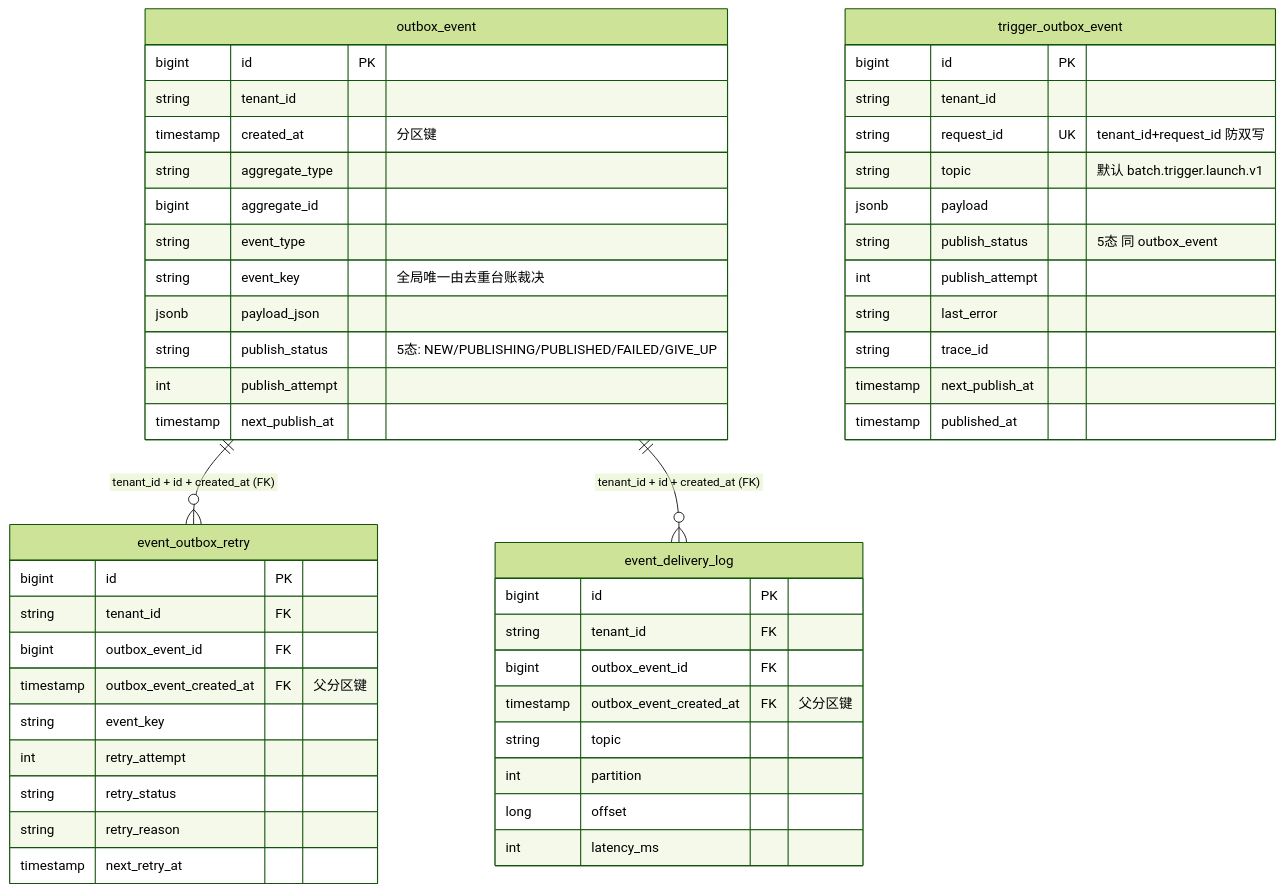
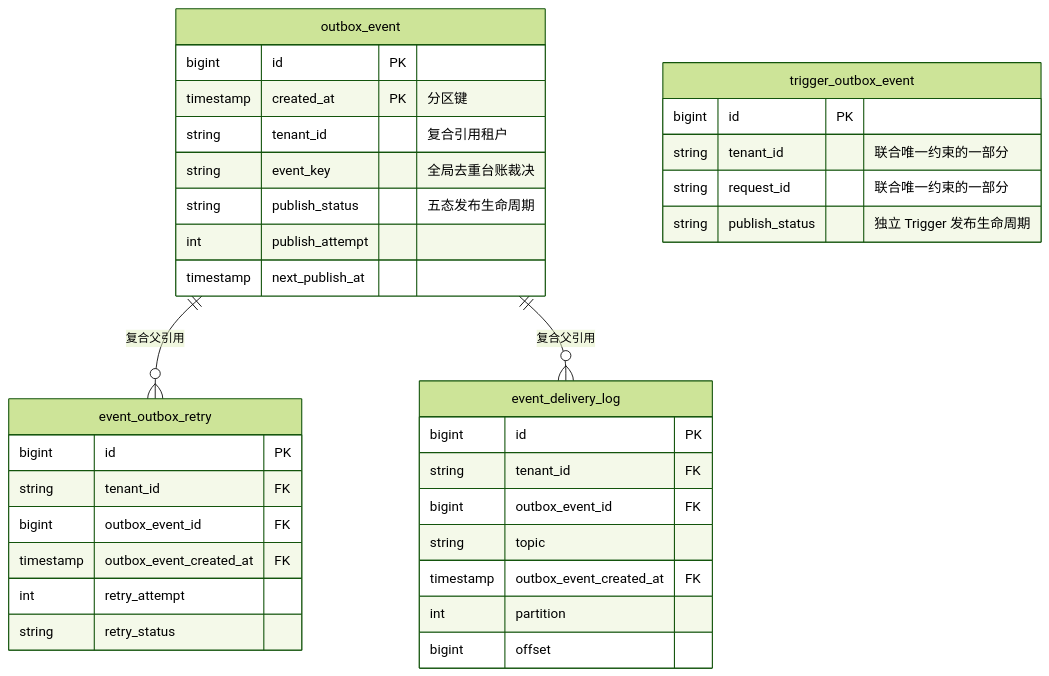
Before and after one commit to pinpols/file-batch-system: the diagram in docs/architecture/outbox-architecture.md, drawn with Mermaid (forest theme). The commit also changed 2792 other files, not shown here.

````diff
--- a/docs/architecture/outbox-architecture.md
+++ b/docs/architecture/outbox-architecture.md
@@ -13,56 +13,38 @@
 ```mermaid
+%%{init: {"flowchart":{"curve":"linear","nodeSpacing":32,"rankSpacing":48},"sequence":{"mirrorActors":false}}}%%
 erDiagram
-  outbox_event ||--o{ event_outbox_retry : "tenant_id + id + created_at (FK)"
-  outbox_event ||--o{ event_delivery_log : "tenant_id + id + created_at (FK)"
-
+  outbox_event ||--o{ event_outbox_retry : "复合父引用"
+  outbox_event ||--o{ event_delivery_log : "复合父引用"
   outbox_event {
     bigint id PK
-    string tenant_id
-    timestamp created_at "分区键"
-    string aggregate_type
-    bigint aggregate_id
-    string event_type
-    string event_key "全局唯一由去重台账裁决"
-    jsonb payload_json
-    string publish_status "5态: NEW/PUBLISHING/PUBLISHED/FAILED/GIVE_UP"
+    timestamp created_at PK "分区键"
+    string tenant_id "复合引用租户"
+    string event_key "全局去重台账裁决"
+    string publish_status "五态发布生命周期"
     int publish_attempt
     timestamp next_publish_at
   }
-
   event_outbox_retry {
     bigint id PK
     string tenant_id FK
     bigint outbox_event_id FK
-    timestamp outbox_event_created_at FK "父分区键"
-    string event_key
+    timestamp outbox_event_created_at FK
     int retry_attempt
     string retry_status
-    string retry_reason
-    timestamp next_retry_at
   }
-
   event_delivery_log {
     bigint id PK
     string tenant_id FK
     bigint outbox_event_id FK
-    timestamp outbox_event_created_at FK "父分区键"
     string topic
+    timestamp outbox_event_created_at FK
     int partition
-    long offset
-    int latency_ms
+    bigint offset
   }
-
   trigger_outbox_event {
     bigint id PK
-    string tenant_id
-    string request_id UK "tenant_id+request_id 防双写"
-    string topic "默认 batch.trigger.launch.v1"
-    jsonb payload
-    string publish_status "5态 同 outbox_event"
-    int publish_attempt
-    string last_error
-    string trace_id
-    timestamp next_publish_at
-    timestamp published_at
+    string tenant_id "联合唯一约束的一部分"
+    string request_id "联合唯一约束的一部分"
+    string publish_status "独立 Trigger 发布生命周期"
   }
 ```
````
